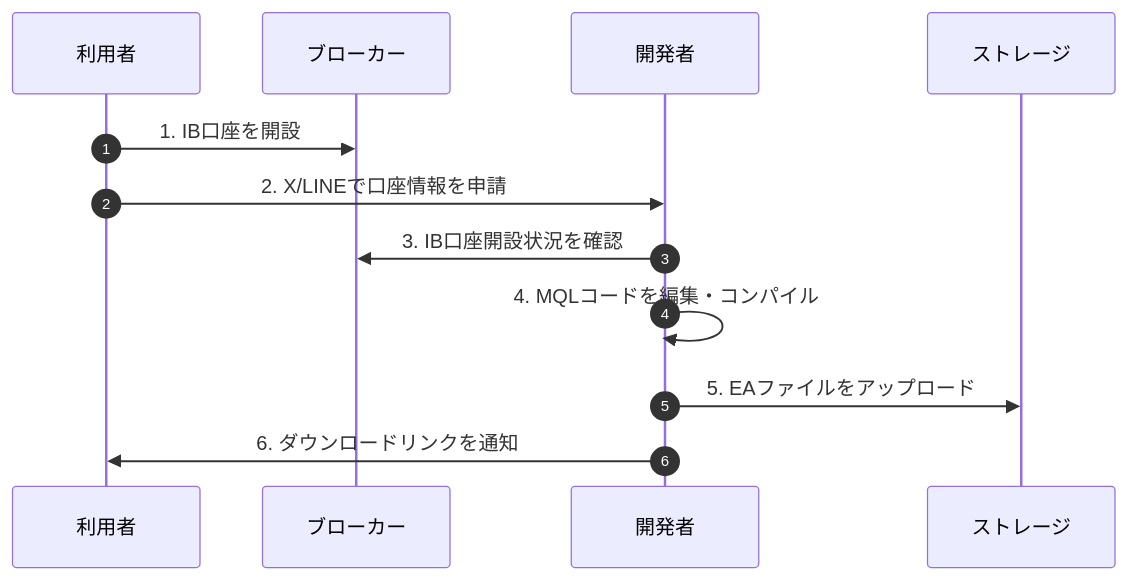
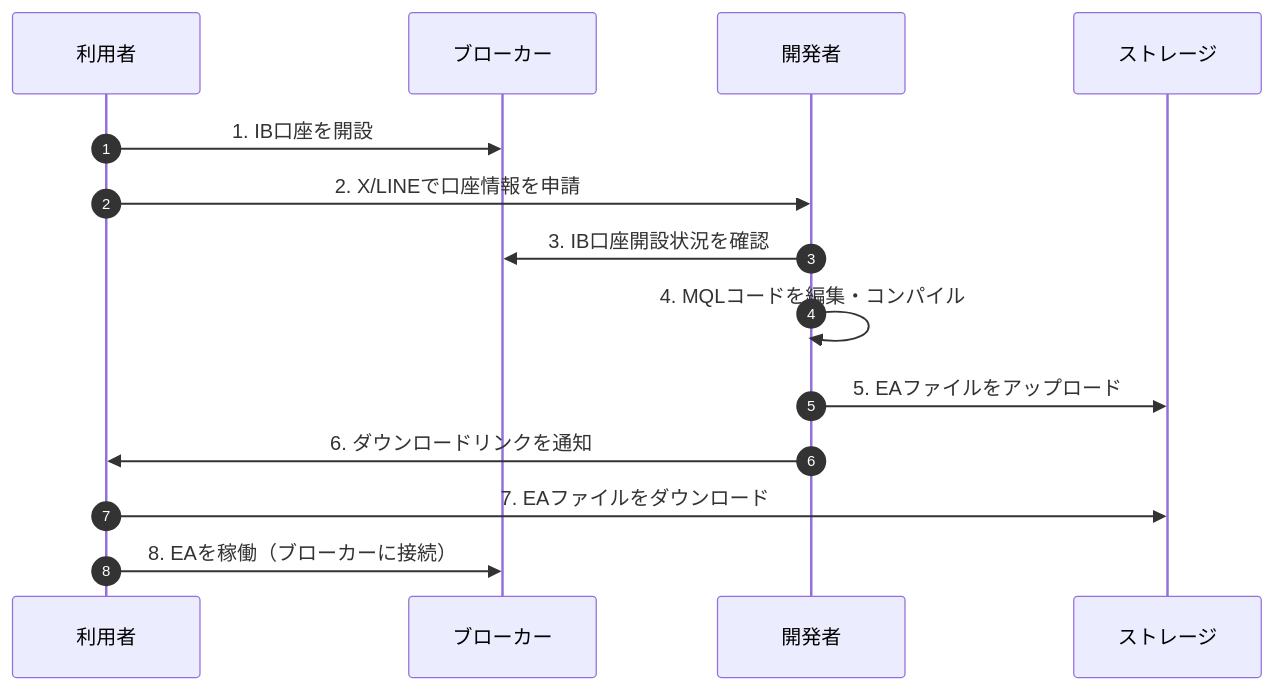
Before and after one commit to poruru210/SanKey: the first of 2 diagrams in docs/ea-license-delivery.md, drawn with Mermaid. The commit also changed other lines of this file, not shown here.

````diff
--- a/docs/ea-license-delivery.md
+++ b/docs/ea-license-delivery.md
@@ -10,15 +21,17 @@
 ```mermaid
 sequenceDiagram
     autonumber
     participant User as 利用者
     participant Broker as ブローカー
     participant Dev as 開発者
     participant Storage as ストレージ
 
     User->>Broker: 1. IB口座を開設
     User->>Dev: 2. X/LINEで口座情報を申請
     Dev->>Broker: 3. IB口座開設状況を確認
     Dev->>Dev: 4. MQLコードを編集・コンパイル
     Dev->>Storage: 5. EAファイルをアップロード
     Dev->>User: 6. ダウンロードリンクを通知
+    User->>Storage: 7. EAファイルをダウンロード
+    User->>Broker: 8. EAを稼働（ブローカーに接続）
 ```
````
